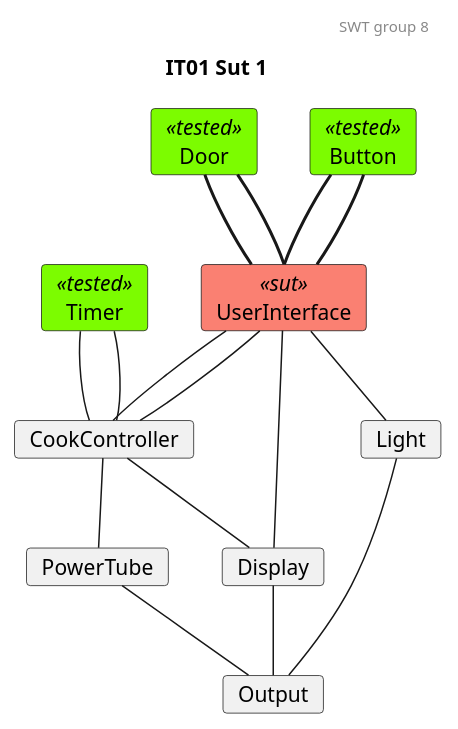
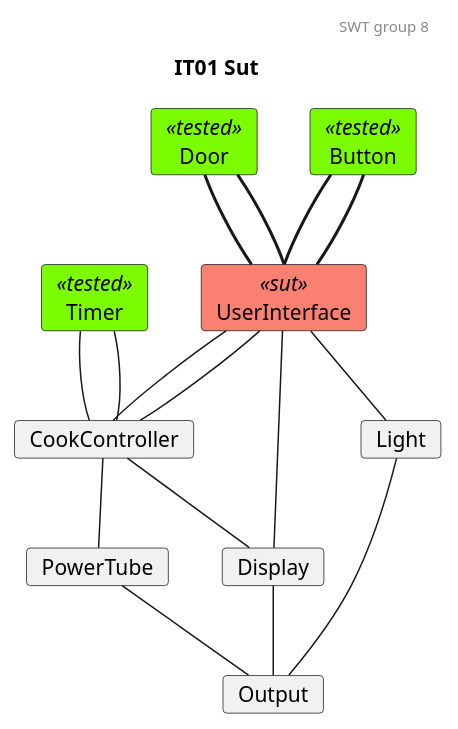
The diagram in docs/SysTestTree1.plantuml (mikkel-ol/I4SWT-MicrowaveOven), drawn with PlantUML before and after one commit. The commit also changed 3 other files, not shown here.

```diff
--- a/docs/SysTestTree1.plantuml
+++ b/docs/SysTestTree1.plantuml
@@ -1,63 +1,63 @@
 @startuml
 'Testing colors:
 skinparam card{
     backgroundColor<<tested>> lawngreen
     backgroundColor<<sut>> salmon
     backgroundColor<<test>> salmon
     backgroundColor<<fake>> gold
 }
 
 header SWT group 8
-title IT01 Sut 1
+title IT01 Sut
 
 '0.
     card Door<<tested>>
     card Button<<tested>>
     card Timer<<tested>>
 
 '1.
     card UserInterface<<sut>>
 
 '2.
     card CookController
     card Light
 
 '3.
     card PowerTube
     card Display
 
 '4 
     card Output
 
 
 'Relations projects
 ' 0. to 1.
 Door -[thickness=2]- UserInterface
 Door -[thickness=2]- UserInterface
 
 Button -[thickness=2]- UserInterface
 Button -[thickness=2]- UserInterface
 
 'Relations CookController:
 '1.
 UserInterface -- CookController
 UserInterface -- CookController
 '1. to 3.
 'Door -- CookController
 
 Timer -- CookController
 Timer -- CookController
 
 CookController -- PowerTube
 
 '1. to 2.
 UserInterface -- Display
 UserInterface -- Light
 CookController -- Display
 
 
 ' Relations 2. to 3.
 Light -- Output
 Display -- Output
 PowerTube -- Output
 @enduml
```
